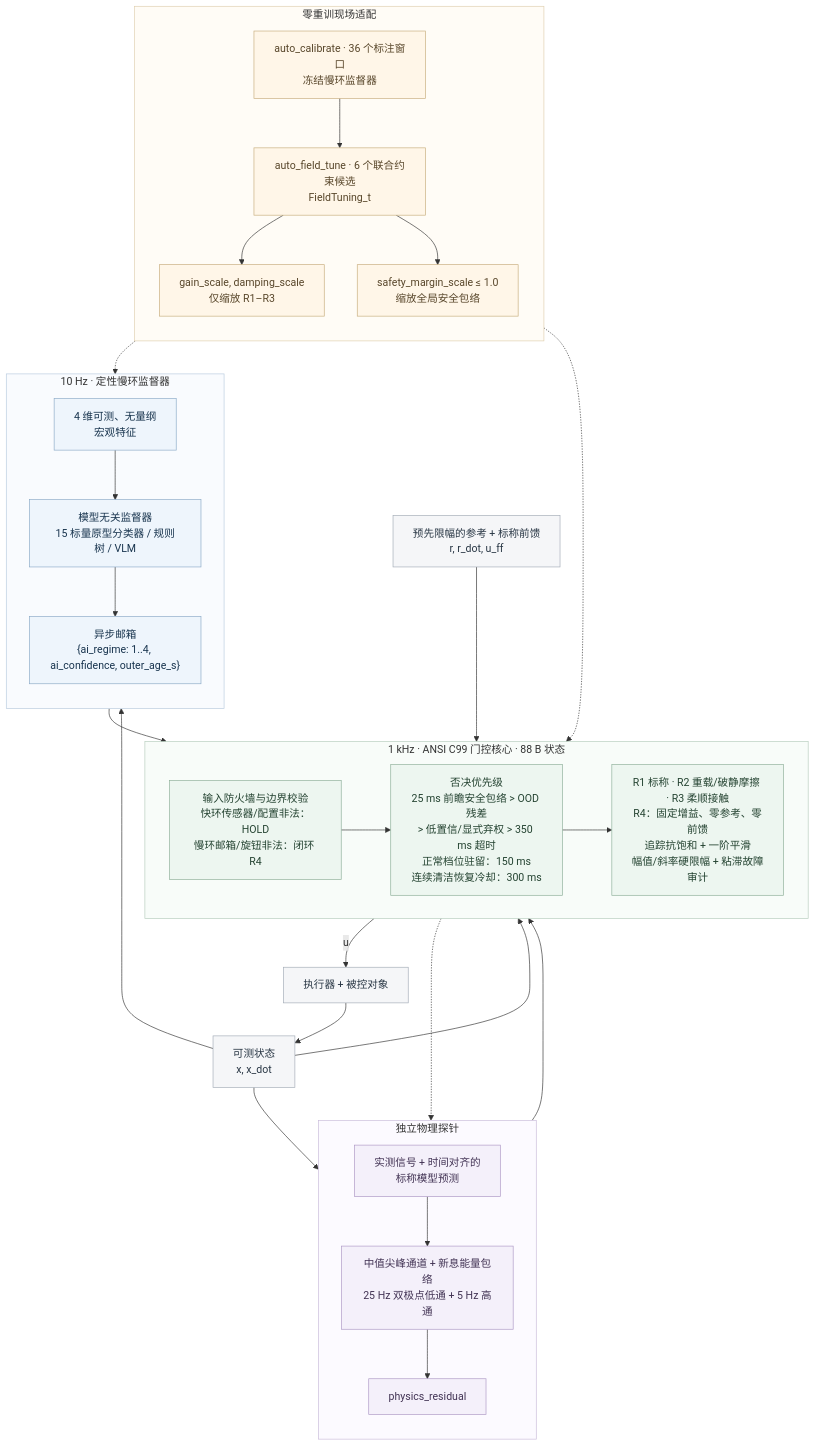
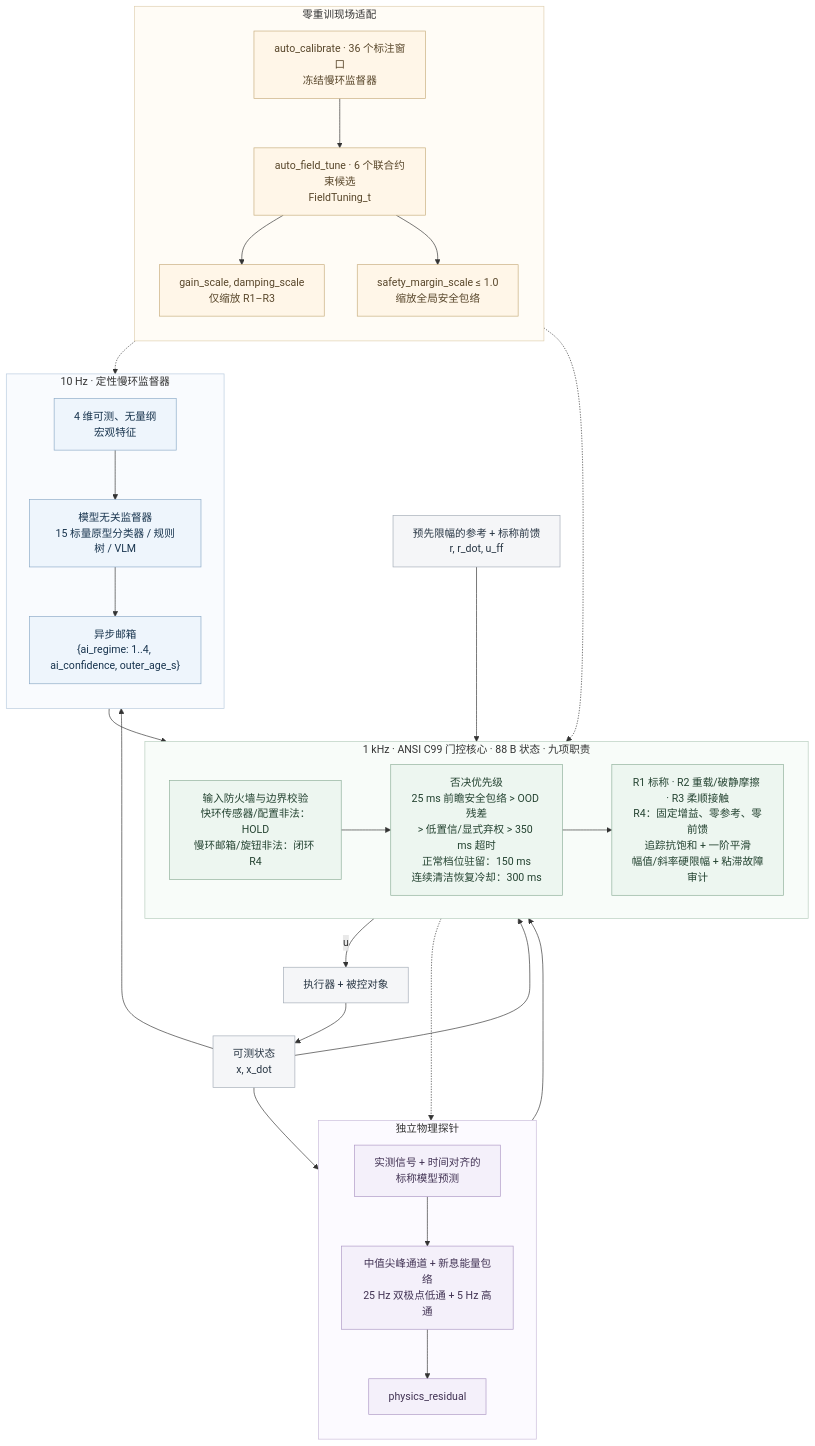
The diagram in README_zh.md (lijiawei255/ai-layered-control), drawn with Mermaid before and after one commit. The commit also changed other lines of this file and 1 other file, not shown here.

Commit message:
Present architecture and quickstart before benchmark evidence

````diff
--- a/README_zh.md
+++ b/README_zh.md
@@ -16,62 +22,62 @@
 ```mermaid
 flowchart TB
     subgraph slow["10 Hz · 定性慢环监督器"]
         direction TB
         features["4 维可测、无量纲<br/>宏观特征"]
         supervisor["模型无关监督器<br/>15 标量原型分类器 / 规则树 / VLM"]
         mailbox["异步邮箱<br/>{ai_regime: 1..4, ai_confidence, outer_age_s}"]
         features --> supervisor --> mailbox
     end
     subgraph probe["独立物理探针"]
         direction TB
         innovation["实测信号 + 时间对齐的<br/>标称模型预测"]
         channels["中值尖峰通道 + 新息能量包络<br/>25 Hz 双极点低通 + 5 Hz 高通"]
         residual["physics_residual"]
         innovation --> channels --> residual
     end
-    subgraph fast["1 kHz · ANSI C99 门控核心 · 88 B 状态"]
+    subgraph fast["1 kHz · ANSI C99 门控核心 · 88 B 状态 · 九项职责"]
         direction LR
         firewall["输入防火墙与边界校验<br/>快环传感器/配置非法：HOLD<br/>慢环邮箱/旋钮非法：闭环 R4"]
         gates["否决优先级<br/>25 ms 前瞻安全包络 > OOD 残差<br/>> 低置信/显式弃权 > 350 ms 超时<br/>正常档位驻留：150 ms<br/>连续清洁恢复冷却：300 ms"]
         bank["R1 标称 · R2 重载/破静摩擦 · R3 柔顺接触<br/>R4：固定增益、零参考、零前馈<br/>追踪抗饱和 + 一阶平滑<br/>幅值/斜率硬限幅 + 粘滞故障审计"]
         firewall --> gates --> bank
     end
     subgraph adapt["零重训现场适配"]
         direction TB
         calibrate["auto_calibrate · 36 个标注窗口<br/>冻结慢环监督器"]
         tune["auto_field_tune · 6 个联合约束候选<br/>FieldTuning_t"]
         gains["gain_scale, damping_scale<br/>仅缩放 R1–R3"]
         margin["safety_margin_scale ≤ 1.0<br/>缩放全局安全包络"]
         calibrate --> tune
         tune --> gains
         tune --> margin
     end
     reference["预先限幅的参考 + 标称前馈<br/>r, r_dot, u_ff"]
     plant["执行器 + 被控对象"]
     sensor["可测状态<br/>x, x_dot"]
     reference --> fast
     slow --> fast
     probe --> fast
     fast -->|"u"| plant
     plant --> sensor
     sensor --> fast
     sensor --> slow
     sensor --> probe
     fast -.-> probe
     adapt -.-> slow
     adapt -.-> fast
     classDef slowNode fill:#eef5fc,stroke:#8baac7,color:#17334d;
     classDef probeNode fill:#f4f0fa,stroke:#ad98c5,color:#423354;
     classDef coreNode fill:#edf6f0,stroke:#8eaf99,color:#244331;
     classDef adaptNode fill:#fff6e8,stroke:#c7ad7d,color:#58462a;
     classDef ioNode fill:#f5f6f8,stroke:#a4acb7,color:#283644;
     class features,supervisor,mailbox slowNode;
     class innovation,channels,residual probeNode;
     class firewall,gates,bank coreNode;
     class calibrate,tune,gains,margin adaptNode;
     class reference,plant,sensor ioNode;
     style slow fill:#f9fbfe,stroke:#b8cbde
     style probe fill:#fcfaff,stroke:#c9bbda
     style fast fill:#f8fcf9,stroke:#b6cdbd
     style adapt fill:#fffcf6,stroke:#dfcfaf
 ```
````
